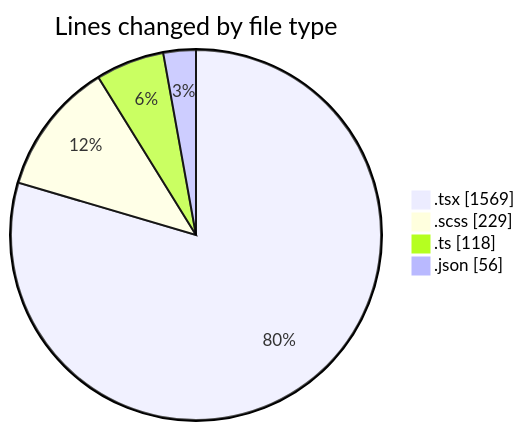
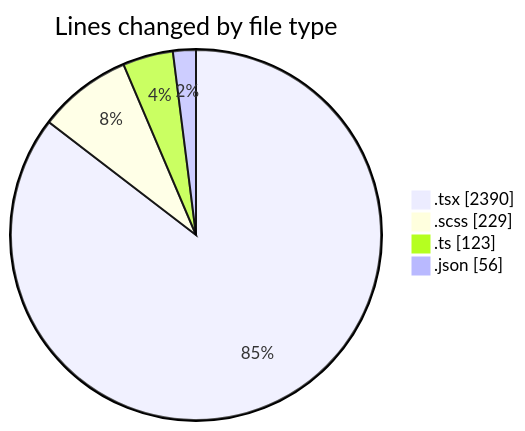
One commit to momahboobian/code-tracking changed the first of 2 diagrams in 2026-10-30/cda/README.md. Above: the diagram before and after it, drawn with Mermaid. The commit also changed other lines of this file and 1 other file, not shown here.

````diff
--- a/2026-10-30/cda/README.md
+++ b/2026-10-30/cda/README.md
@@ -35,8 +38,8 @@
 ```mermaid
 pie showData
 title Lines changed by file type
-".tsx" : 1569
+".tsx" : 2390
 ".scss" : 229
-".ts" : 118
+".ts" : 123
 ".json" : 56
 ```
````
